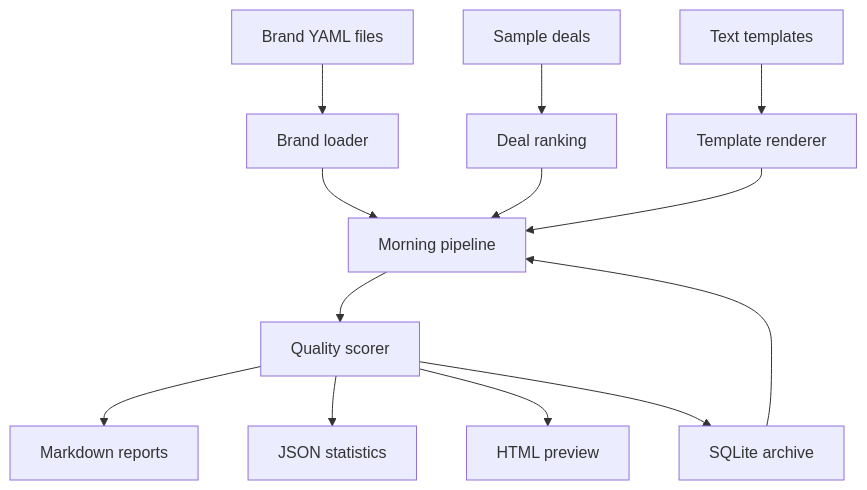
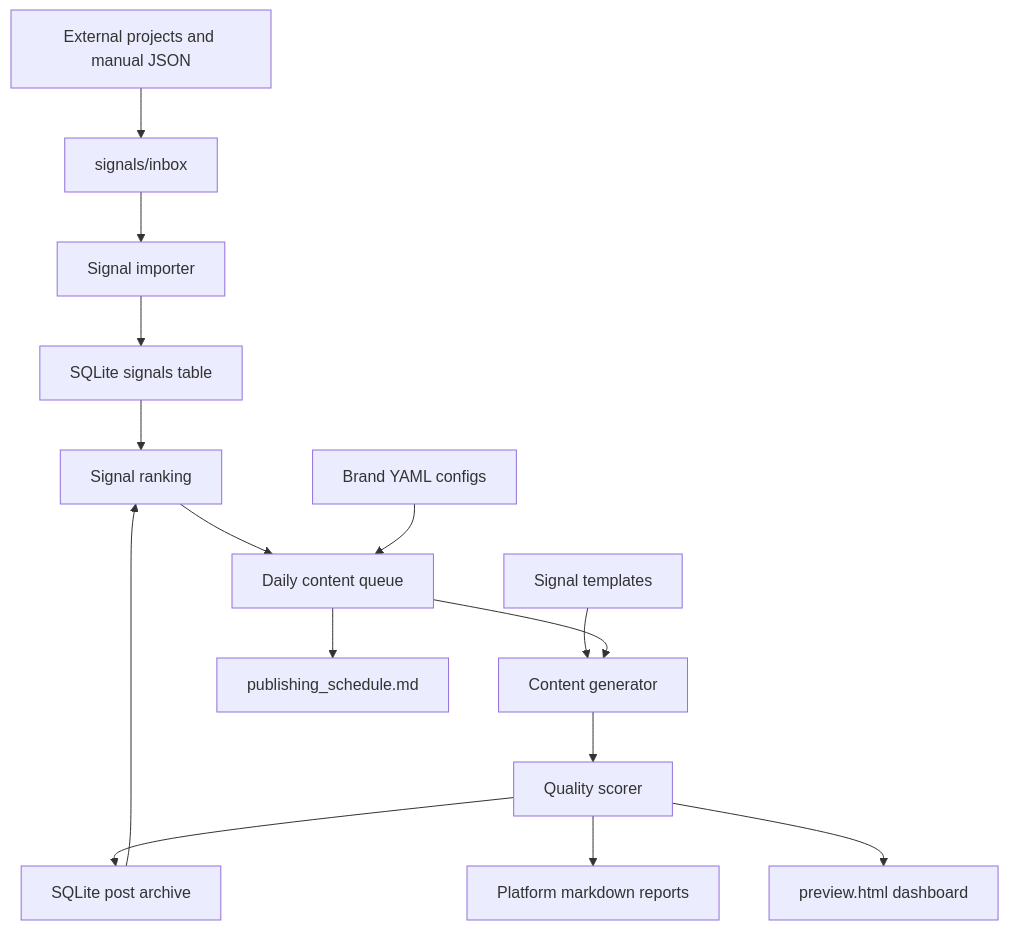
The diagram in README.md (jmanock/morning-content-engine), drawn with Mermaid before and after one commit. The commit also changed other lines of this file and 32 other files, not shown here.

````diff
--- a/README.md
+++ b/README.md
@@ -57,15 +39,17 @@
 ```mermaid
 flowchart TD
-    A["Brand YAML files"] --> B["Brand loader"]
-    C["Sample deals"] --> D["Deal ranking"]
-    E["Text templates"] --> F["Template renderer"]
-    B --> G["Morning pipeline"]
-    D --> G
-    F --> G
-    G --> H["Quality scorer"]
-    H --> I["Markdown reports"]
-    H --> J["JSON statistics"]
-    H --> K["HTML preview"]
-    H --> L["SQLite archive"]
-    L --> G
+    A["External projects and manual JSON"] --> B["signals/inbox"]
+    B --> C["Signal importer"]
+    C --> D["SQLite signals table"]
+    D --> E["Signal ranking"]
+    E --> F["Daily content queue"]
+    G["Brand YAML configs"] --> F
+    H["Signal templates"] --> I["Content generator"]
+    F --> I
+    I --> J["Quality scorer"]
+    J --> K["SQLite post archive"]
+    J --> L["Platform markdown reports"]
+    J --> M["preview.html dashboard"]
+    F --> N["publishing_schedule.md"]
+    K --> E
 ```
````
